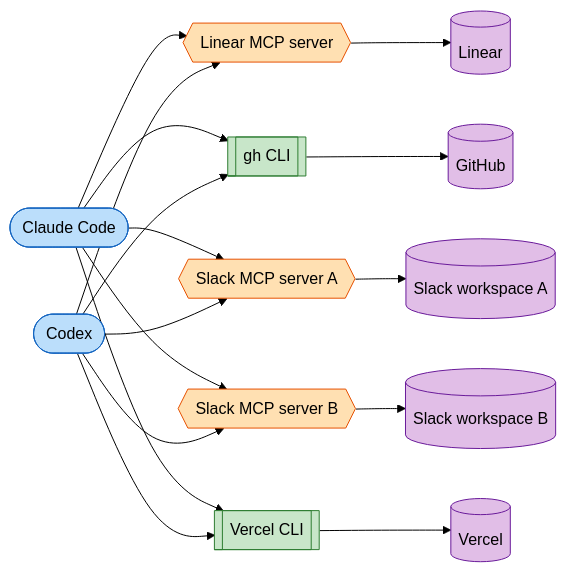
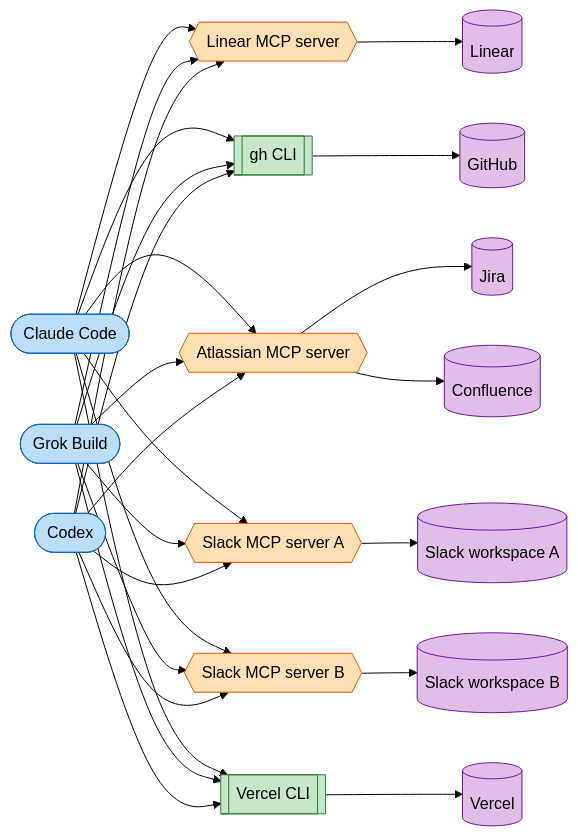
One commit to alephic-ai/foac changed the first of 2 diagrams in README.md. Above: the diagram before and after it, drawn with Mermaid (forest theme). The commit also changed other lines of this file, not shown here.

Commit message:
docs: add Atlassian and Grok Build back to the README diagrams

````diff
--- a/README.md
+++ b/README.md
@@ -19,18 +19,20 @@
 ```mermaid
 graph LR
-    CC([Claude Code]) --> LMCP & GHCLI & SLMCPA & SLMCPB & VCLI
-    CX([Codex]) --> LMCP & GHCLI & SLMCPA & SLMCPB & VCLI
+    CC([Claude Code]) --> LMCP & GHCLI & AMCP & SLMCPA & SLMCPB & VCLI
+    GRK([Grok Build]) --> LMCP & GHCLI & AMCP & SLMCPA & SLMCPB & VCLI
+    CX([Codex]) --> LMCP & GHCLI & AMCP & SLMCPA & SLMCPB & VCLI
     LMCP{{Linear MCP server}} --> Linear[(Linear)]
     GHCLI[[gh CLI]] --> GitHub[(GitHub)]
+    AMCP{{Atlassian MCP server}} --> Jira[(Jira)] & Confluence[(Confluence)]
     SLMCPA{{Slack MCP server A}} --> SlackA[(Slack workspace A)]
     SLMCPB{{Slack MCP server B}} --> SlackB[(Slack workspace B)]
     VCLI[[Vercel CLI]] --> Vercel[(Vercel)]
     classDef harness fill:#bbdefb,stroke:#1565c0,color:#000
     classDef mcp fill:#ffe0b2,stroke:#e65100,color:#000
     classDef cli fill:#c8e6c9,stroke:#2e7d32,color:#000
     classDef provider fill:#e1bee7,stroke:#6a1b9a,color:#000
-    class CC,CX harness
-    class LMCP,SLMCPA,SLMCPB mcp
+    class CC,GRK,CX harness
+    class LMCP,AMCP,SLMCPA,SLMCPB mcp
     class GHCLI,VCLI cli
-    class Linear,GitHub,SlackA,SlackB,Vercel provider
+    class Linear,GitHub,Jira,Confluence,SlackA,SlackB,Vercel provider
 ```
````
